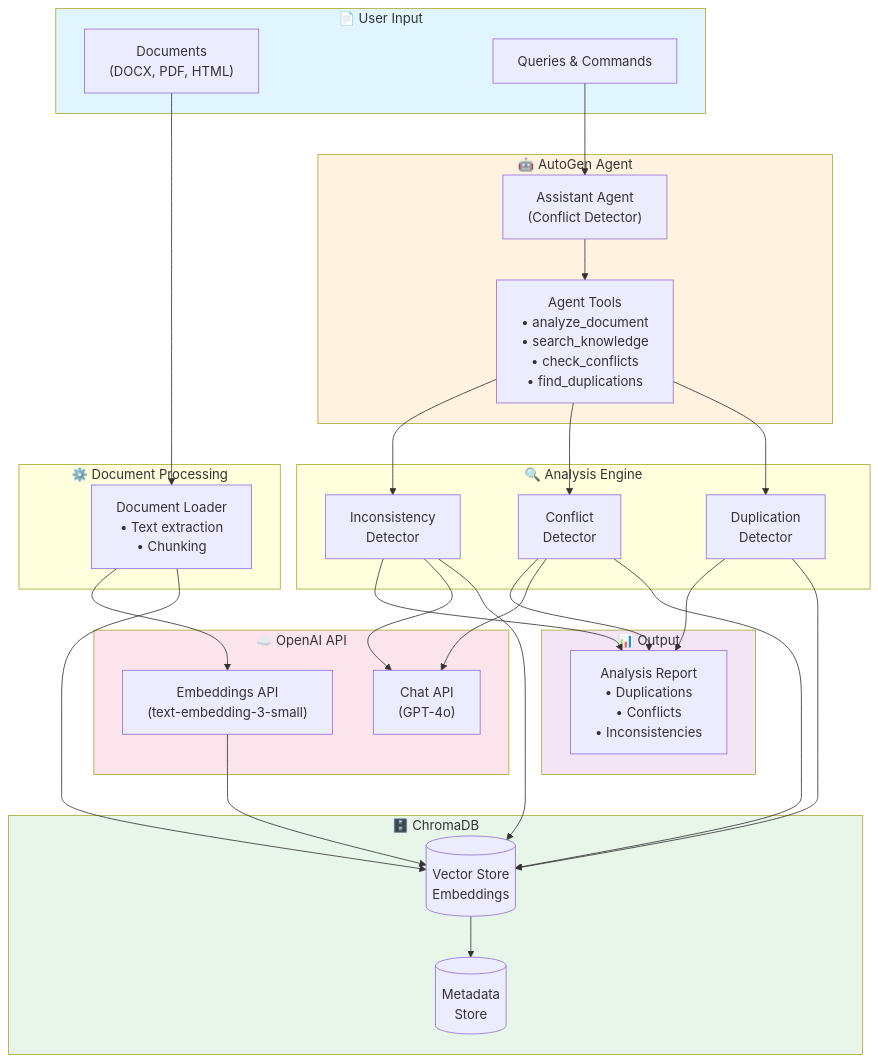
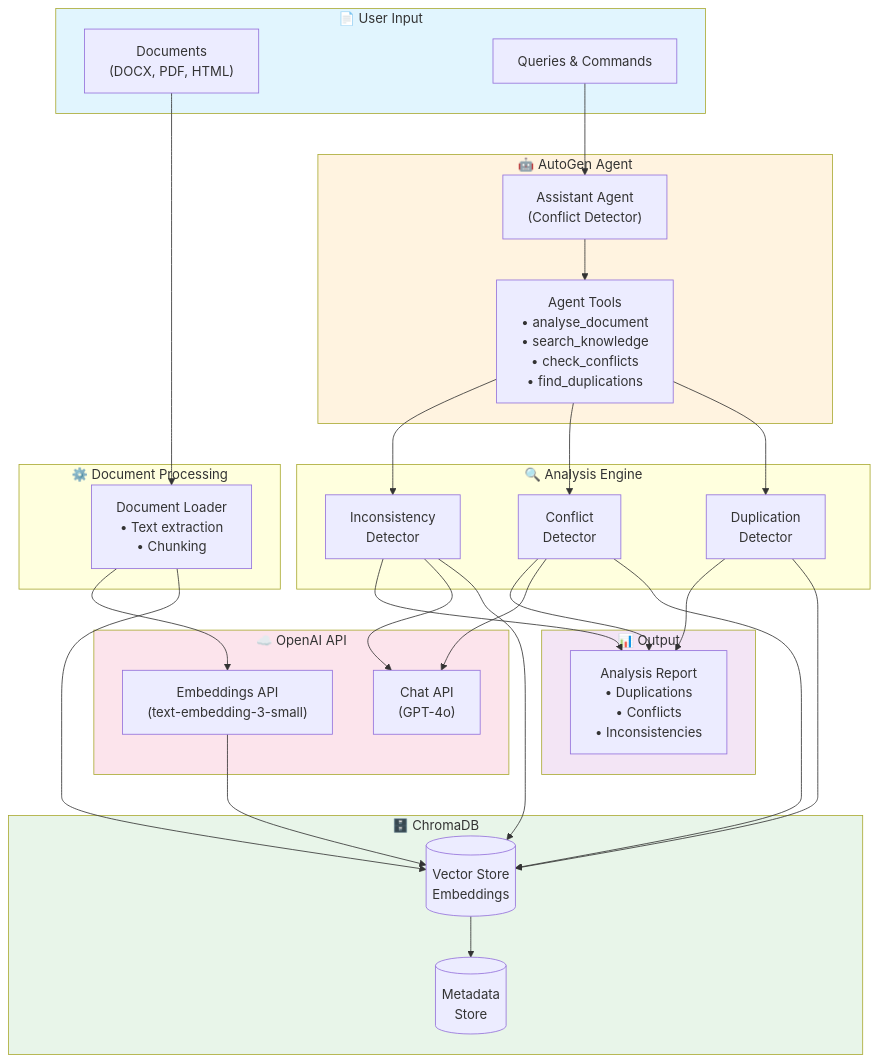
One commit to 1solation/conflict-duplication-detector changed the first of 2 diagrams in README.md. Above: the diagram before and after it, drawn with Mermaid. The commit also changed other lines of this file and 5 other files, not shown here.

````diff
--- a/README.md
+++ b/README.md
@@ -150,65 +150,65 @@
 ```mermaid
 flowchart TB
     subgraph Input["📄 User Input"]
         DOC["Documents<br/>(DOCX, PDF, HTML)"]
         QUERY["Queries & Commands"]
     end
 
     subgraph Processing["⚙️ Document Processing"]
         LOADER["Document Loader<br/>• Text extraction<br/>• Chunking"]
     end
 
     subgraph Agent["🤖 AutoGen Agent"]
         ASSISTANT["Assistant Agent<br/>(Conflict Detector)"]
-        TOOLS["Agent Tools<br/>• analyze_document<br/>• search_knowledge<br/>• check_conflicts<br/>• find_duplications"]
+        TOOLS["Agent Tools<br/>• analyse_document<br/>• search_knowledge<br/>• check_conflicts<br/>• find_duplications"]
     end
 
     subgraph Analysis["🔍 Analysis Engine"]
         DUP["Duplication<br/>Detector"]
         CONF["Conflict<br/>Detector"]
         INCON["Inconsistency<br/>Detector"]
     end
 
     subgraph Storage["🗄️ ChromaDB"]
         EMBED[("Vector Store<br/>Embeddings")]
         META[("Metadata<br/>Store")]
     end
 
     subgraph OpenAI["☁️ OpenAI API"]
         EMB_API["Embeddings API<br/>(text-embedding-3-small)"]
         CHAT_API["Chat API<br/>(GPT-4o)"]
     end
 
     subgraph Output["📊 Output"]
         REPORT["Analysis Report<br/>• Duplications<br/>• Conflicts<br/>• Inconsistencies"]
     end
 
     DOC --> LOADER
     LOADER --> EMBED
     LOADER --> EMB_API
     EMB_API --> EMBED
 
     QUERY --> ASSISTANT
     ASSISTANT --> TOOLS
     TOOLS --> DUP
     TOOLS --> CONF
     TOOLS --> INCON
 
     DUP --> EMBED
     CONF --> EMBED
     CONF --> CHAT_API
     INCON --> EMBED
     INCON --> CHAT_API
 
     EMBED --> META
-    
+
     DUP --> REPORT
     CONF --> REPORT
     INCON --> REPORT
 
     style Input fill:#e1f5fe
     style Agent fill:#fff3e0
     style Storage fill:#e8f5e9
     style OpenAI fill:#fce4ec
     style Output fill:#f3e5f5
 ```
````
